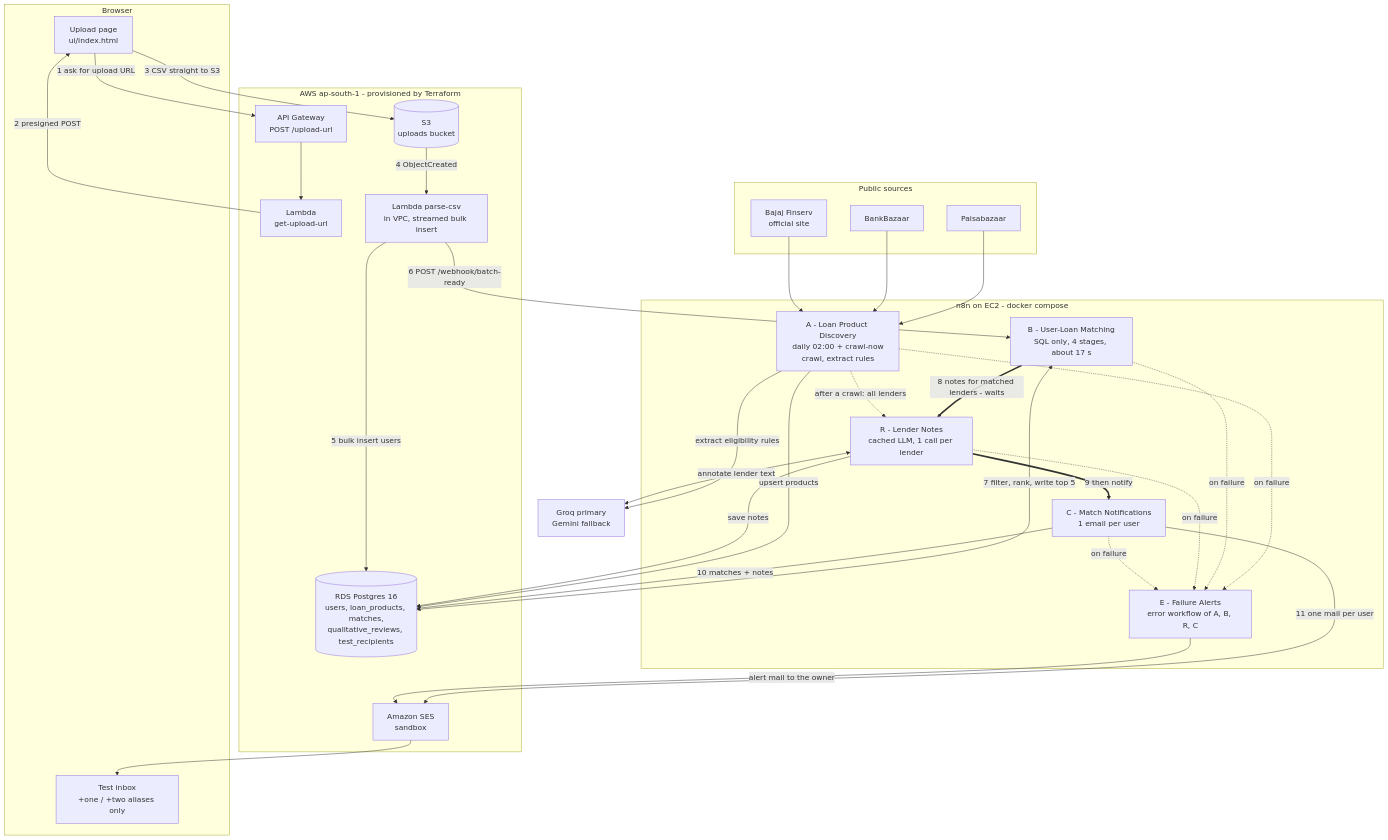
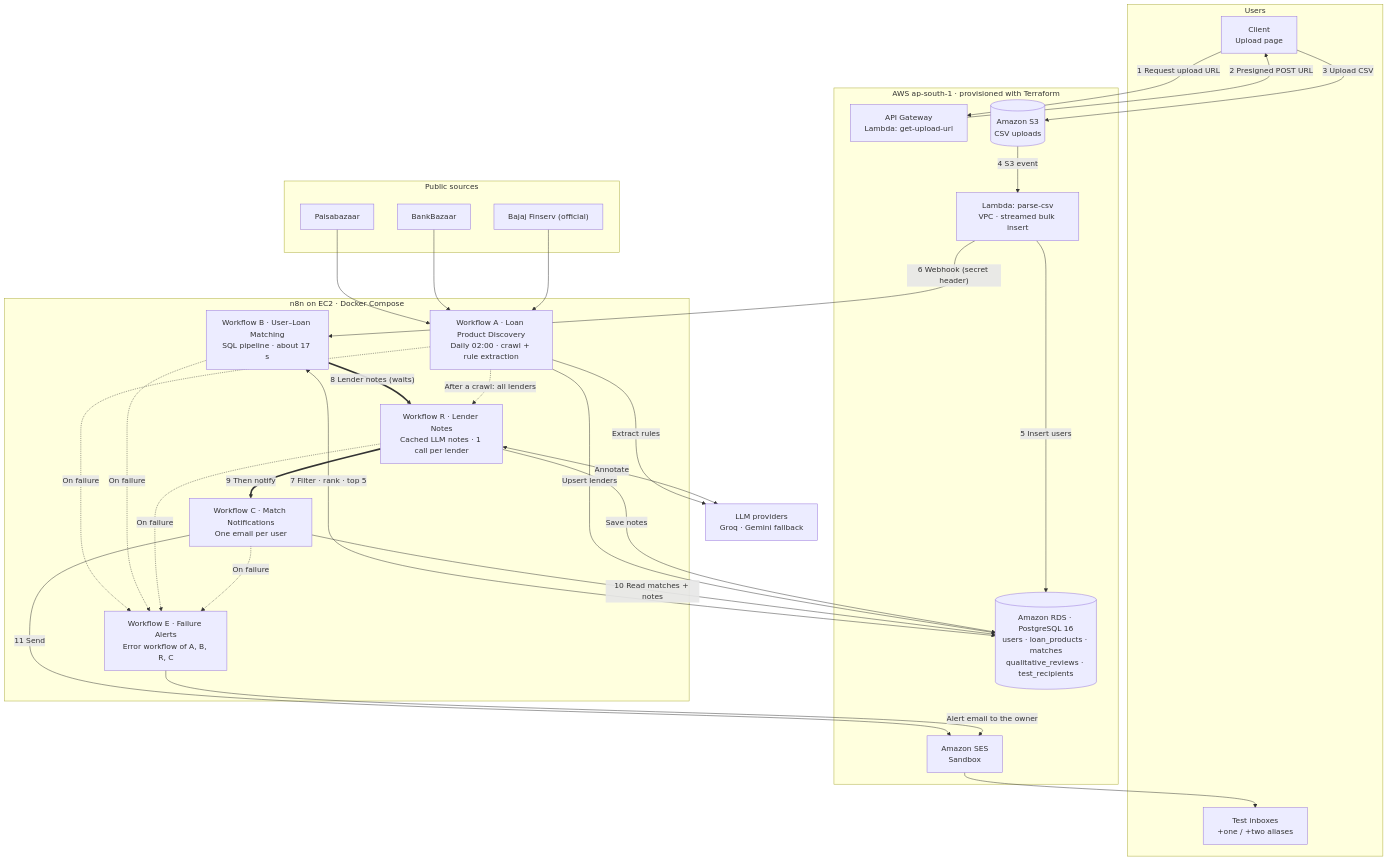
Before and after one commit to ashishnanda19/LoanMatch: the diagram in docs/architecture.mmd, drawn with Mermaid. The commit also changed 5 other files, not shown here.

Commit message:
Architecture diagram: professional typography and wording, full workflow names; Mermaid labels aligned

```diff
--- a/docs/architecture.mmd
+++ b/docs/architecture.mmd
@@ -1,55 +1,54 @@
 flowchart TB
-    subgraph USER["Browser"]
-        UI["Upload page<br/>ui/index.html"]
-        INBOX["Test inbox<br/>+one / +two aliases only"]
+    subgraph USER["Users"]
+        UI["Client<br/>Upload page"]
+        INBOX["Test inboxes<br/>+one / +two aliases"]
     end
 
-    subgraph AWS["AWS ap-south-1 - provisioned by Terraform"]
-        APIGW["API Gateway<br/>POST /upload-url"]
-        L1["Lambda<br/>get-upload-url"]
-        S3[("S3<br/>uploads bucket")]
-        L2["Lambda parse-csv<br/>in VPC, streamed bulk insert"]
-        RDS[("RDS Postgres 16<br/>users, loan_products, matches,<br/>qualitative_reviews, test_recipients")]
-        SES["Amazon SES<br/>sandbox"]
+    subgraph AWS["AWS ap-south-1 · provisioned with Terraform"]
+        APIGW["API Gateway<br/>Lambda: get-upload-url"]
+        S3[("Amazon S3<br/>CSV uploads")]
+        L2["Lambda: parse-csv<br/>VPC · streamed bulk insert"]
+        RDS[("Amazon RDS · PostgreSQL 16<br/>users · loan_products · matches<br/>qualitative_reviews · test_recipients")]
+        SES["Amazon SES<br/>Sandbox"]
     end
 
-    subgraph N8N["n8n on EC2 - docker compose"]
-        A["A - Loan Product Discovery<br/>daily 02:00 + crawl-now<br/>crawl, extract rules"]
-        B["B - User-Loan Matching<br/>SQL only, 4 stages, about 17 s"]
-        R["R - Lender Notes<br/>cached LLM, 1 call per lender"]
-        C["C - Match Notifications<br/>1 email per user"]
-        E["E - Failure Alerts<br/>error workflow of A, B, R, C"]
+    subgraph N8N["n8n on EC2 · Docker Compose"]
+        A["Workflow A · Loan Product Discovery<br/>Daily 02:00 · crawl + rule extraction"]
+        B["Workflow B · User–Loan Matching<br/>SQL pipeline · about 17 s"]
+        R["Workflow R · Lender Notes<br/>Cached LLM notes · 1 call per lender"]
+        C["Workflow C · Match Notifications<br/>One email per user"]
+        E["Workflow E · Failure Alerts<br/>Error workflow of A, B, R, C"]
     end
 
     subgraph WEB["Public sources"]
         PB["Paisabazaar"]
         BB["BankBazaar"]
-        BJ["Bajaj Finserv<br/>official site"]
+        BJ["Bajaj Finserv (official)"]
     end
-    LLM["Groq primary<br/>Gemini fallback"]
+    LLM["LLM providers<br/>Groq · Gemini fallback"]
 
-    UI -->|"1 ask for upload URL"| APIGW --> L1
-    L1 -->|"2 presigned POST"| UI
-    UI -->|"3 CSV straight to S3"| S3
-    S3 -->|"4 ObjectCreated"| L2
-    L2 -->|"5 bulk insert users"| RDS
-    L2 -->|"6 POST /webhook/batch-ready"| B
-    B <-->|"7 filter, rank, write top 5"| RDS
-    B ==>|"8 notes for matched lenders - waits"| R
-    R ==>|"9 then notify"| C
-    C -->|"10 matches + notes"| RDS
-    C -->|"11 one mail per user"| SES --> INBOX
+    UI -->|"1 Request upload URL"| APIGW
+    APIGW -->|"2 Presigned POST URL"| UI
+    UI -->|"3 Upload CSV"| S3
+    S3 -->|"4 S3 event"| L2
+    L2 -->|"5 Insert users"| RDS
+    L2 -->|"6 Webhook (secret header)"| B
+    B <-->|"7 Filter · rank · top 5"| RDS
+    B ==>|"8 Lender notes (waits)"| R
+    R ==>|"9 Then notify"| C
+    C -->|"10 Read matches + notes"| RDS
+    C -->|"11 Send"| SES --> INBOX
 
     PB --> A
     BB --> A
     BJ --> A
-    A -->|"extract eligibility rules"| LLM
-    A -->|"upsert products"| RDS
-    A -.->|"after a crawl: all lenders"| R
-    R <-->|"annotate lender text"| LLM
-    R -->|"save notes"| RDS
-    A -.->|"on failure"| E
-    B -.->|"on failure"| E
-    R -.->|"on failure"| E
-    C -.->|"on failure"| E
-    E -->|"alert mail to the owner"| SES
+    A -->|"Extract rules"| LLM
+    A -->|"Upsert lenders"| RDS
+    A -.->|"After a crawl: all lenders"| R
+    R <-->|"Annotate"| LLM
+    R -->|"Save notes"| RDS
+    A -.->|"On failure"| E
+    B -.->|"On failure"| E
+    R -.->|"On failure"| E
+    C -.->|"On failure"| E
+    E -->|"Alert email to the owner"| SES
```
